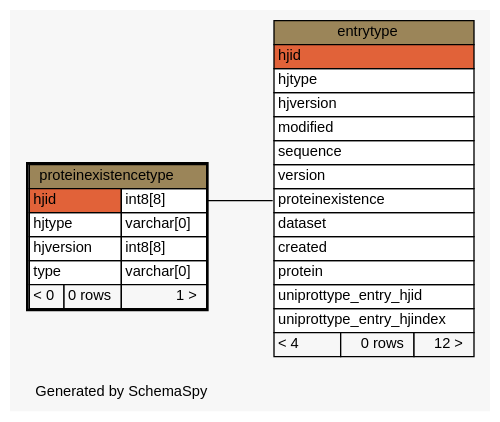
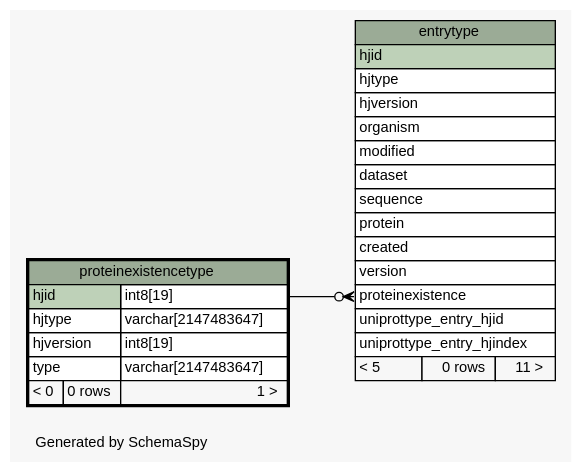
The diagram in site/jekyll/assets/schemaspy/uniprotdb/diagrams/proteinexistencetype.1degree.dot (lmu-bioinformatics/xmlpipedb), drawn with Graphviz before and after one commit. The commit also changed 1451 other files, not shown here.

Commit message:
New SchemaSpy Results

```diff
--- a/site/jekyll/assets/schemaspy/uniprotdb/diagrams/proteinexistencetype.1degree.dot
+++ b/site/jekyll/assets/schemaspy/uniprotdb/diagrams/proteinexistencetype.1degree.dot
@@ -1,57 +1,58 @@
-// dot 2.22.2 on Windows Vista 6.0
-// SchemaSpy rev 536
+// dot 2.38.0 on Windows 8.1 6.3
+// SchemaSpy rev 590
 digraph "oneDegreeRelationshipsDiagram" {
   graph [
     rankdir="RL"
     bgcolor="#f7f7f7"
     label="\nGenerated by SchemaSpy"
     labeljust="l"
     nodesep="0.18"
     ranksep="0.46"
     fontname="Helvetica"
     fontsize="11"
   ];
   node [
     fontname="Helvetica"
     fontsize="11"
     shape="plaintext"
   ];
   edge [
     arrowsize="0.8"
   ];
-  "entrytype":"proteinexistence":w -> "proteinexistencetype":"hjid.type":e [arrowhead=none arrowtail=crowodot];
+  "entrytype":"proteinexistence":w -> "proteinexistencetype":"hjid.type":e [arrowhead=none dir=back arrowtail=crowodot];
   "entrytype" [
     label=<
     <TABLE BORDER="0" CELLBORDER="1" CELLSPACING="0" BGCOLOR="#ffffff">
-      <TR><TD COLSPAN="3" BGCOLOR="#9b8559" ALIGN="CENTER">entrytype</TD></TR>
-      <TR><TD PORT="hjid" COLSPAN="3" BGCOLOR="#e16239" ALIGN="LEFT">hjid</TD></TR>
+      <TR><TD COLSPAN="3" BGCOLOR="#9bab96" ALIGN="CENTER">entrytype</TD></TR>
+      <TR><TD PORT="hjid" COLSPAN="3" BGCOLOR="#bed1b8" ALIGN="LEFT">hjid</TD></TR>
       <TR><TD PORT="hjtype" COLSPAN="3" ALIGN="LEFT">hjtype</TD></TR>
       <TR><TD PORT="hjversion" COLSPAN="3" ALIGN="LEFT">hjversion</TD></TR>
+      <TR><TD PORT="organism" COLSPAN="3" ALIGN="LEFT">organism</TD></TR>
       <TR><TD PORT="modified" COLSPAN="3" ALIGN="LEFT">modified</TD></TR>
+      <TR><TD PORT="dataset" COLSPAN="3" ALIGN="LEFT">dataset</TD></TR>
       <TR><TD PORT="sequence" COLSPAN="3" ALIGN="LEFT">sequence</TD></TR>
+      <TR><TD PORT="protein" COLSPAN="3" ALIGN="LEFT">protein</TD></TR>
+      <TR><TD PORT="created" COLSPAN="3" ALIGN="LEFT">created</TD></TR>
       <TR><TD PORT="version" COLSPAN="3" ALIGN="LEFT">version</TD></TR>
       <TR><TD PORT="proteinexistence" COLSPAN="3" ALIGN="LEFT">proteinexistence</TD></TR>
-      <TR><TD PORT="dataset" COLSPAN="3" ALIGN="LEFT">dataset</TD></TR>
-      <TR><TD PORT="created" COLSPAN="3" ALIGN="LEFT">created</TD></TR>
-      <TR><TD PORT="protein" COLSPAN="3" ALIGN="LEFT">protein</TD></TR>
       <TR><TD PORT="uniprottype_entry_hjid" COLSPAN="3" ALIGN="LEFT">uniprottype_entry_hjid</TD></TR>
       <TR><TD PORT="uniprottype_entry_hjindex" COLSPAN="3" ALIGN="LEFT">uniprottype_entry_hjindex</TD></TR>
-      <TR><TD ALIGN="LEFT" BGCOLOR="#f7f7f7">&lt; 4</TD><TD ALIGN="RIGHT" BGCOLOR="#f7f7f7">0 rows</TD><TD ALIGN="RIGHT" BGCOLOR="#f7f7f7">12 &gt;</TD></TR>
+      <TR><TD ALIGN="LEFT" BGCOLOR="#f7f7f7">&lt; 5</TD><TD ALIGN="RIGHT" BGCOLOR="#f7f7f7">0 rows</TD><TD ALIGN="RIGHT" BGCOLOR="#f7f7f7">11 &gt;</TD></TR>
     </TABLE>>
     URL="entrytype.html"
     tooltip="entrytype"
   ];
   "proteinexistencetype" [
     label=<
     <TABLE BORDER="2" CELLBORDER="1" CELLSPACING="0" BGCOLOR="#ffffff">
-      <TR><TD COLSPAN="3" BGCOLOR="#9b8559" ALIGN="CENTER">proteinexistencetype</TD></TR>
-      <TR><TD PORT="hjid" COLSPAN="2" BGCOLOR="#e16239" ALIGN="LEFT">hjid</TD><TD PORT="hjid.type" ALIGN="LEFT">int8[8]</TD></TR>
-      <TR><TD PORT="hjtype" COLSPAN="2" ALIGN="LEFT">hjtype</TD><TD PORT="hjtype.type" ALIGN="LEFT">varchar[0]</TD></TR>
-      <TR><TD PORT="hjversion" COLSPAN="2" ALIGN="LEFT">hjversion</TD><TD PORT="hjversion.type" ALIGN="LEFT">int8[8]</TD></TR>
-      <TR><TD PORT="type" COLSPAN="2" ALIGN="LEFT">type</TD><TD PORT="type.type" ALIGN="LEFT">varchar[0]</TD></TR>
+      <TR><TD COLSPAN="3" BGCOLOR="#9bab96" ALIGN="CENTER">proteinexistencetype</TD></TR>
+      <TR><TD PORT="hjid" COLSPAN="2" BGCOLOR="#bed1b8" ALIGN="LEFT">hjid</TD><TD PORT="hjid.type" ALIGN="LEFT">int8[19]</TD></TR>
+      <TR><TD PORT="hjtype" COLSPAN="2" ALIGN="LEFT">hjtype</TD><TD PORT="hjtype.type" ALIGN="LEFT">varchar[2147483647]</TD></TR>
+      <TR><TD PORT="hjversion" COLSPAN="2" ALIGN="LEFT">hjversion</TD><TD PORT="hjversion.type" ALIGN="LEFT">int8[19]</TD></TR>
+      <TR><TD PORT="type" COLSPAN="2" ALIGN="LEFT">type</TD><TD PORT="type.type" ALIGN="LEFT">varchar[2147483647]</TD></TR>
       <TR><TD ALIGN="LEFT" BGCOLOR="#f7f7f7">&lt; 0</TD><TD ALIGN="RIGHT" BGCOLOR="#f7f7f7">0 rows</TD><TD ALIGN="RIGHT" BGCOLOR="#f7f7f7">1 &gt;</TD></TR>
     </TABLE>>
     URL="proteinexistencetype.html"
     tooltip="proteinexistencetype"
   ];
 }
```
